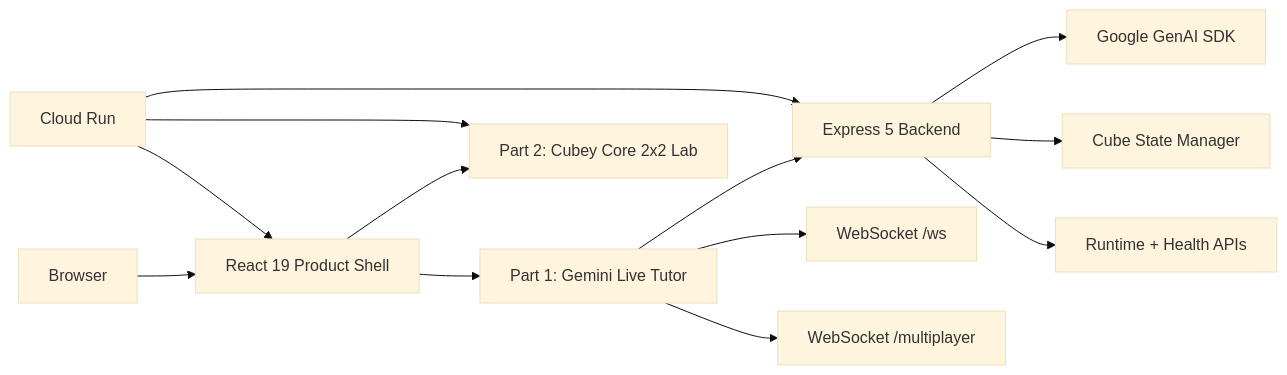
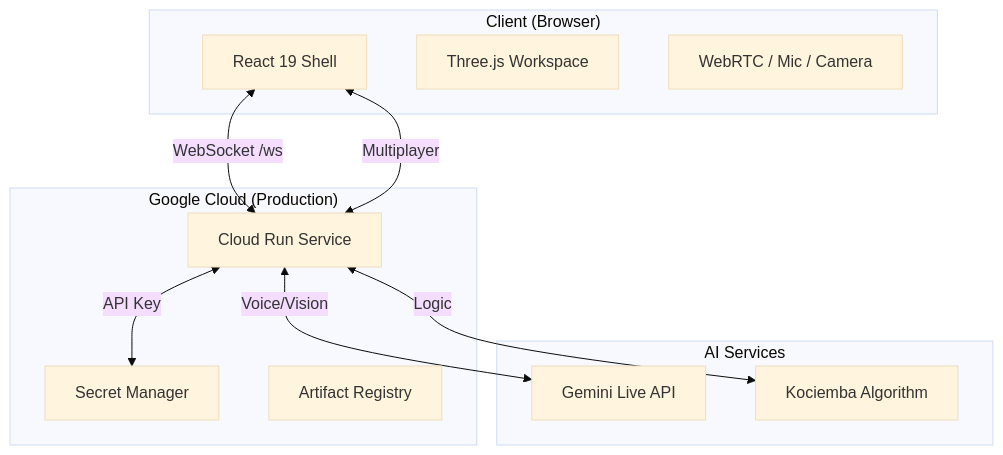
The diagram in README.md (mangeshraut712/ai-rubiks-cube), drawn with Mermaid (base theme) before and after one commit. The commit also changed other lines of this file, not shown here.

````diff
--- a/README.md
+++ b/README.md
@@ -73,15 +64,25 @@
 ```mermaid
-flowchart LR
-  A[Browser] --> B[React 19 Product Shell]
-  B --> C[Part 1: Gemini Live Tutor]
-  B --> D[Part 2: Cubey Core 2x2 Lab]
-  C --> E[Express 5 Backend]
-  C --> F[WebSocket /ws]
-  C --> G[WebSocket /multiplayer]
-  E --> H[Google GenAI SDK]
-  E --> I[Cube State Manager]
-  E --> J[Runtime + Health APIs]
-  K[Cloud Run] --> E
-  K --> B
-  K --> D
+flowchart TD
+    subgraph Client ["Client (Browser)"]
+        A[React 19 Shell]
+        B[Three.js Workspace]
+        C[WebRTC / Mic / Camera]
+    end
+
+    subgraph GCP ["Google Cloud (Production)"]
+        D[Cloud Run Service]
+        E[Secret Manager]
+        F[Artifact Registry]
+    end
+
+    subgraph AI ["AI Services"]
+        G[Gemini Live API]
+        H[Kociemba Algorithm]
+    end
+
+    A <-->|WebSocket /ws| D
+    A <-->|Multiplayer| D
+    D <-->|API Key| E
+    D <-->|Voice/Vision| G
+    D <-->|Logic| H
 ```
````
